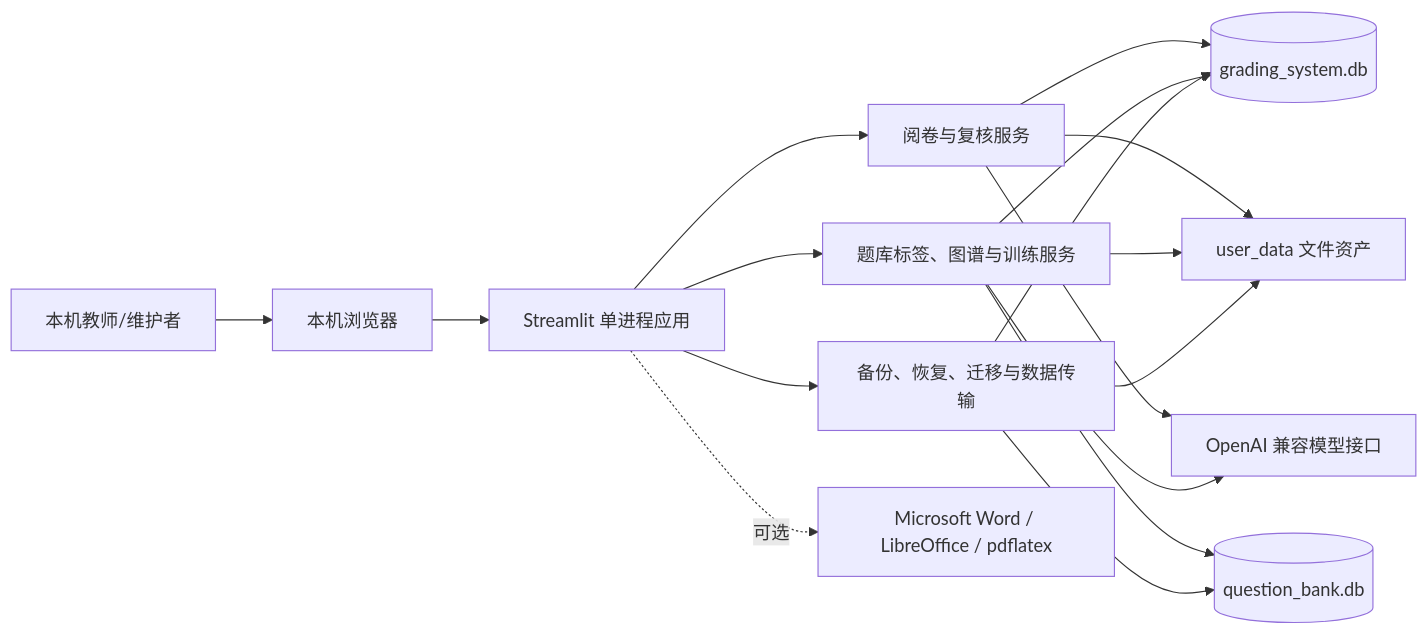
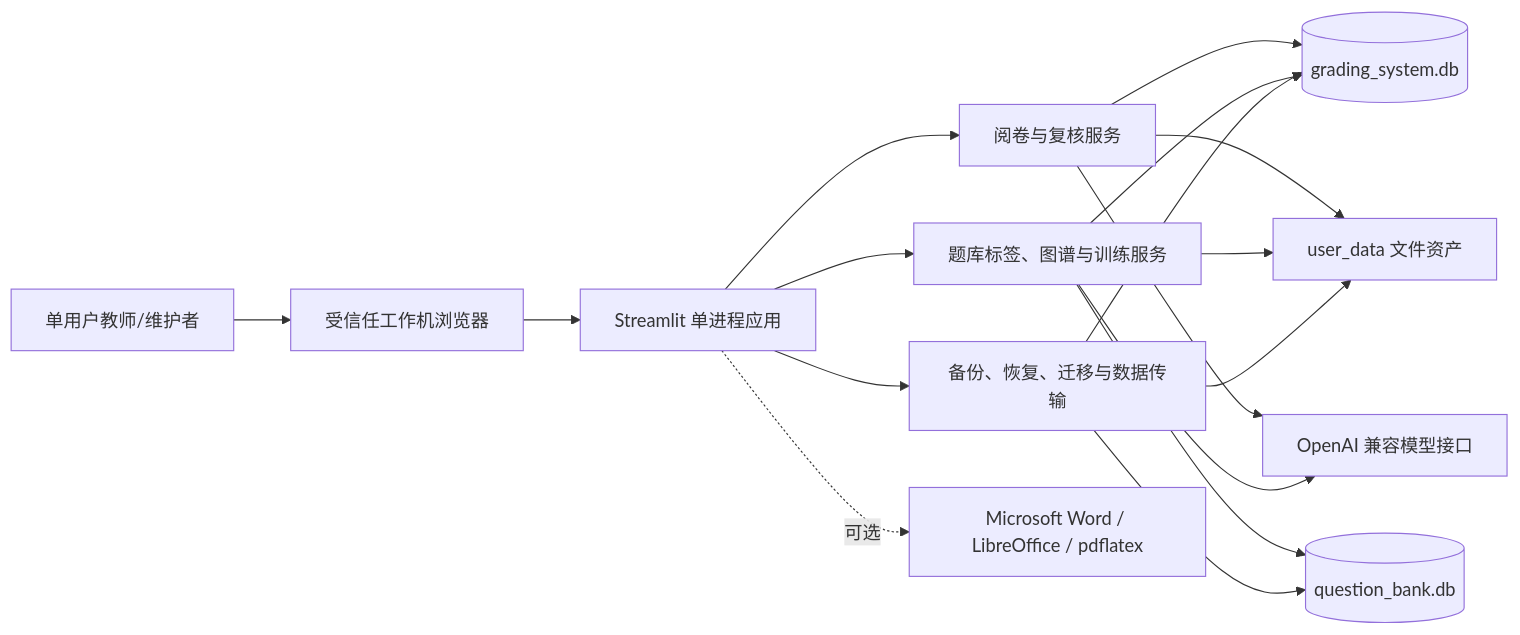
Before and after one commit to Hineni412/ai-grading-system-workstation: the first of 5 diagrams in ARCHITECTURE.md, drawn with Mermaid. The commit also changed other lines of this file, not shown here.

First line of the commit message:
docs: document resilient grading architecture

````diff
--- a/ARCHITECTURE.md
+++ b/ARCHITECTURE.md
@@ -83,23 +83,23 @@
 ```mermaid
 flowchart LR
-    User["本机教师/维护者"] --> Browser["本机浏览器"]
+    User["单用户教师/维护者"] --> Browser["受信任工作机浏览器"]
     Browser --> App["Streamlit 单进程应用"]
 
     App --> Grading["阅卷与复核服务"]
     App --> Bank["题库标签、图谱与训练服务"]
     App --> Ops["备份、恢复、迁移与数据传输"]
 
     Grading --> GradingDB[("grading_system.db")]
     Bank --> GradingDB
     Bank --> BankDB[("question_bank.db")]
     Ops --> GradingDB
     Ops --> BankDB
 
     Grading --> Files["user_data 文件资产"]
     Bank --> Files
     Ops --> Files
 
     Grading --> ModelAPI["OpenAI 兼容模型接口"]
     Bank --> ModelAPI
     App -. "可选" .-> LocalTools["Microsoft Word / LibreOffice / pdflatex"]
 ```
````
